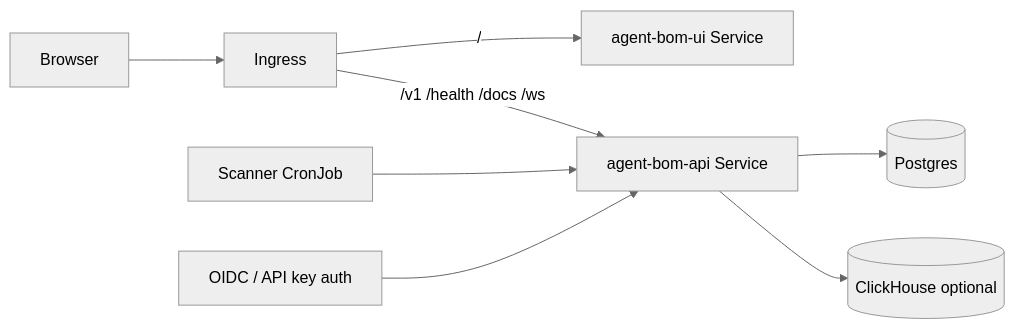
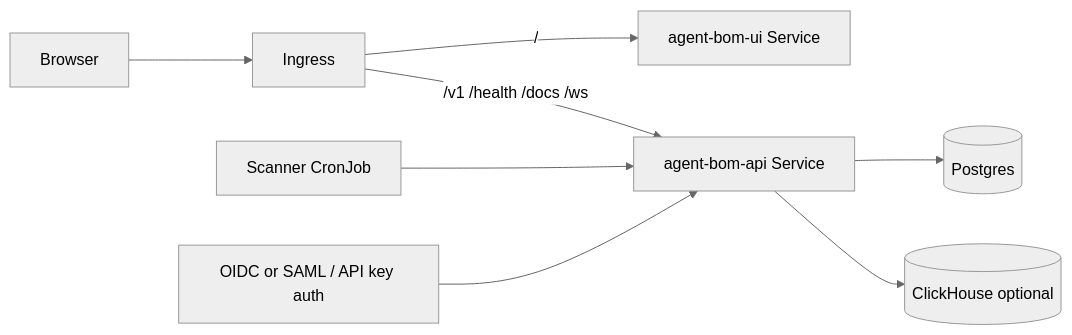
One commit to msaad00/agent-bom changed the diagram in site-docs/deployment/control-plane-helm.md. Above: the diagram before and after it, drawn with Mermaid (neutral theme). The commit also changed other lines of this file and 10 other files, not shown here.

````diff
--- a/site-docs/deployment/control-plane-helm.md
+++ b/site-docs/deployment/control-plane-helm.md
@@ -26,10 +26,10 @@
 ```mermaid
 flowchart LR
     A[Browser] --> B[Ingress]
     B -->|/| C[agent-bom-ui Service]
     B -->|/v1 /health /docs /ws| D[agent-bom-api Service]
     D --> E[(Postgres)]
     D --> F[(ClickHouse optional)]
     G[Scanner CronJob] --> D
-    H[OIDC / API key auth] --> D
+    H[OIDC or SAML / API key auth] --> D
 ```
````
